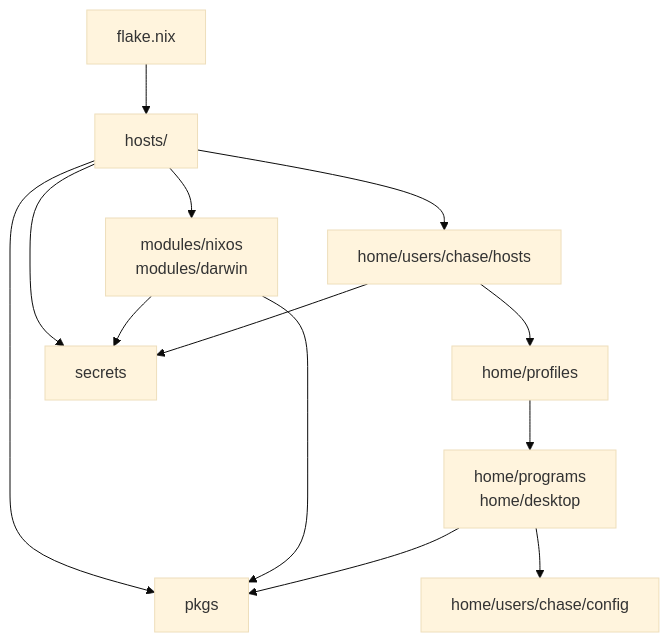
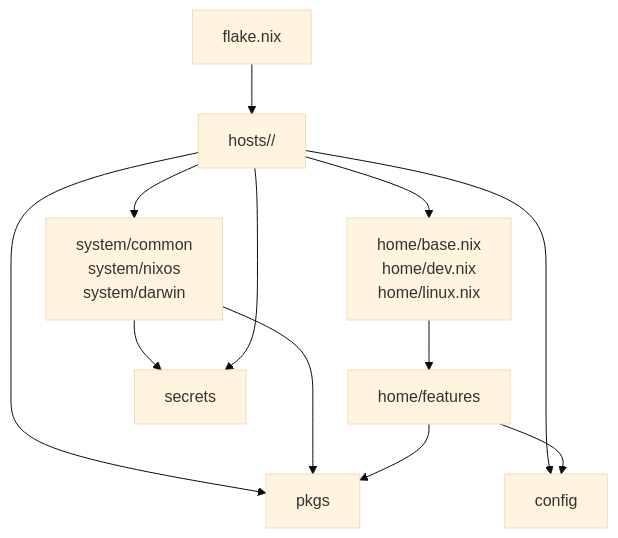
The diagram in AGENT.md (Chasewhip8/os), drawn with Mermaid (base theme) before and after one commit. The commit also changed other lines of this file and 66 other files, not shown here.

````diff
--- a/AGENT.md
+++ b/AGENT.md
@@ -11,27 +11,25 @@
 ```mermaid
 flowchart TD
   flake["flake.nix"]
-  hosts["hosts/<host>"]
-  os["modules/nixos<br/>modules/darwin"]
-  userHosts["home/users/chase/hosts"]
-  profiles["home/profiles"]
-  hm["home/programs<br/>home/desktop"]
-  raw["home/users/chase/config"]
+  hosts["hosts/<host>/<default.nix, home.nix>"]
+  sys["system/common<br/>system/nixos<br/>system/darwin"]
+  homeBundles["home/base.nix<br/>home/dev.nix<br/>home/linux.nix"]
+  hm["home/features"]
+  raw["config"]
   pkgs["pkgs"]
   secrets["secrets"]
 
   flake --> hosts
-  hosts --> os
-  hosts --> userHosts
-  userHosts --> profiles
-  profiles --> hm
+  hosts --> sys
+  hosts --> homeBundles
+  homeBundles --> hm
+  hosts --> raw
   hm --> raw
 
   hosts --> pkgs
-  os --> pkgs
+  sys --> pkgs
   hm --> pkgs
 
+  sys --> secrets
   hosts --> secrets
-  os --> secrets
-  userHosts --> secrets
 ```
````
